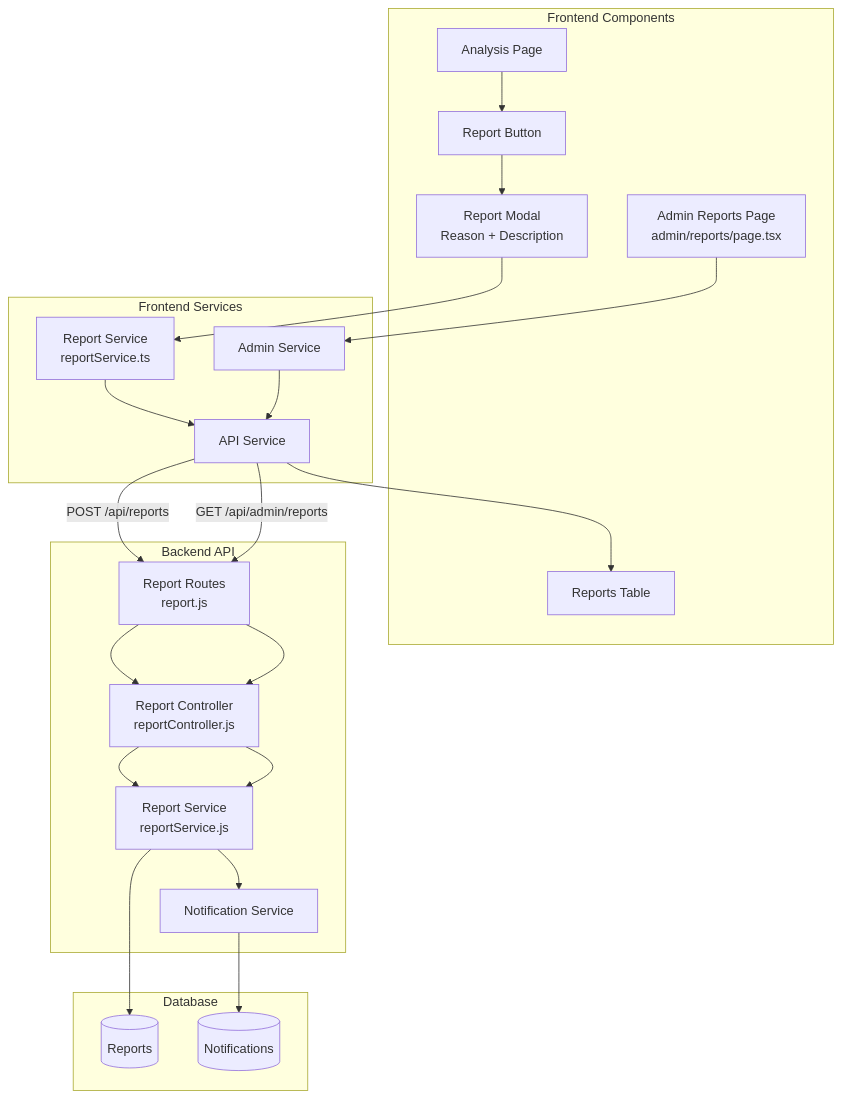
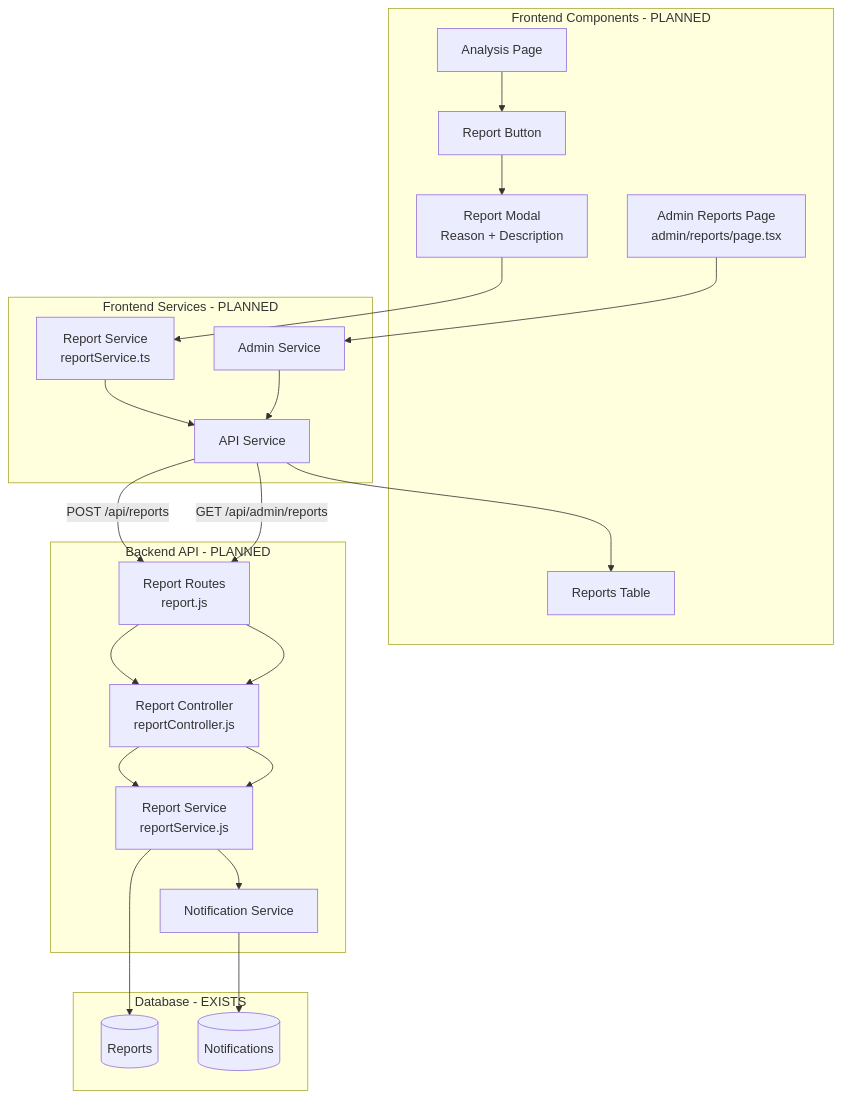
Before and after one commit to tikpoptv/MUSE-MUSIC: diagram 18 of 21 in diagrams/component-diagrams.md, drawn with Mermaid. The commit also changed other lines of this file and 3 other files, not shown here.

First line of the commit message:
Mark future features in diagrams and verification docs

````diff
--- a/diagrams/component-diagrams.md
+++ b/diagrams/component-diagrams.md
@@ -1142,47 +1147,47 @@
 ```mermaid
 graph TB
-    subgraph "Frontend Components"
+    subgraph "Frontend Components - PLANNED"
         ANALYSISPAGE[Analysis Page]
         REPORTBTN[Report Button]
         REPORTMODAL[Report Modal<br/>Reason + Description]
         ADMINREPORTPAGE[Admin Reports Page<br/>admin/reports/page.tsx]
         REPORTTABLE[Reports Table]
     end
     
-    subgraph "Frontend Services"
+    subgraph "Frontend Services - PLANNED"
         REPORTSVC_F[Report Service<br/>reportService.ts]
         ADMINSVC_F[Admin Service]
         APISVC_F[API Service]
     end
     
-    subgraph "Backend API"
+    subgraph "Backend API - PLANNED"
         REPORTROUTE[Report Routes<br/>report.js]
         REPORTCTRL[Report Controller<br/>reportController.js]
         REPORTSVC_B[Report Service<br/>reportService.js]
         NOTIFSVC[Notification Service]
     end
     
-    subgraph "Database"
+    subgraph "Database - EXISTS"
         REPORTS[(Reports)]
         NOTIFICATIONS[(Notifications)]
     end
     
     ANALYSISPAGE --> REPORTBTN
     REPORTBTN --> REPORTMODAL
     REPORTMODAL --> REPORTSVC_F
     REPORTSVC_F --> APISVC_F
     APISVC_F -->|POST /api/reports| REPORTROUTE
     
     REPORTROUTE --> REPORTCTRL
     REPORTCTRL --> REPORTSVC_B
     REPORTSVC_B --> REPORTS
     REPORTSVC_B --> NOTIFSVC
     NOTIFSVC --> NOTIFICATIONS
     
     ADMINREPORTPAGE --> ADMINSVC_F
     ADMINSVC_F --> APISVC_F
     APISVC_F -->|GET /api/admin/reports| REPORTROUTE
     REPORTROUTE --> REPORTCTRL
     REPORTCTRL --> REPORTSVC_B
     APISVC_F --> REPORTTABLE
 ```
````
